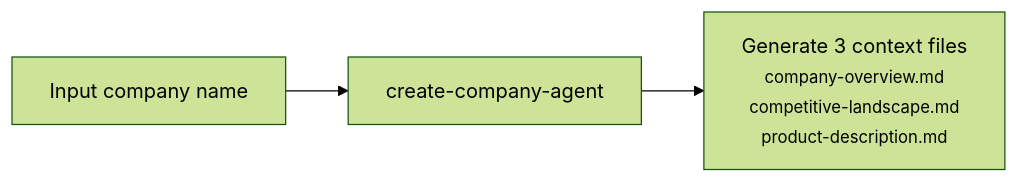
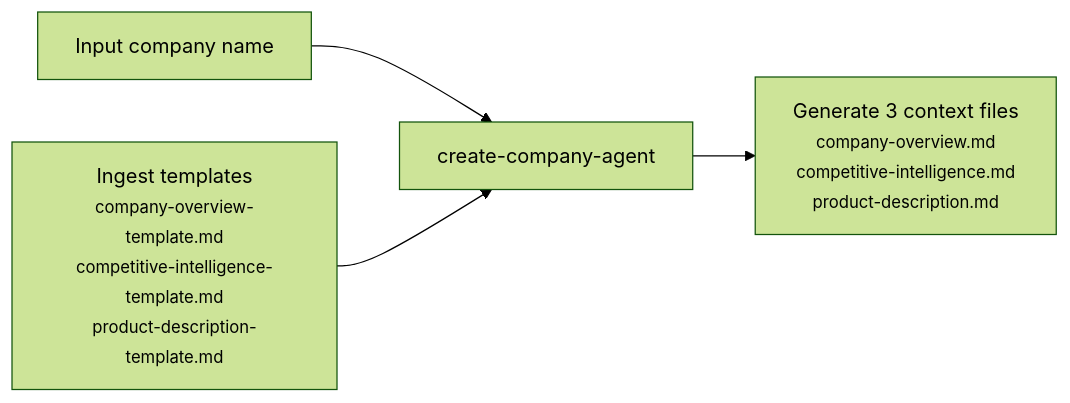
One commit to saumyavasuthevan/Claude-Research-Analyst changed the diagram in portfolio/create-company.md. Above: the diagram before and after it, drawn with Mermaid (forest theme). The commit also changed other lines of this file and 10 other files, not shown here.

````diff
--- a/portfolio/create-company.md
+++ b/portfolio/create-company.md
@@ -15,5 +15,6 @@
 ```mermaid
 flowchart LR
     A["Input company name"] --> B["create-company-agent"]
-    B --> C["Generate 3 context files<br/><small>company-overview.md<br/>competitive-landscape.md<br/>product-description.md</small>"]
+    T["Ingest templates<br/><small>company-overview-template.md<br/>competitive-intelligence-template.md<br/>product-description-template.md</small>"] --> B
+    B --> C["Generate 3 context files<br/><small>company-overview.md<br/>competitive-intelligence.md<br/>product-description.md</small>"]
 ```
````
